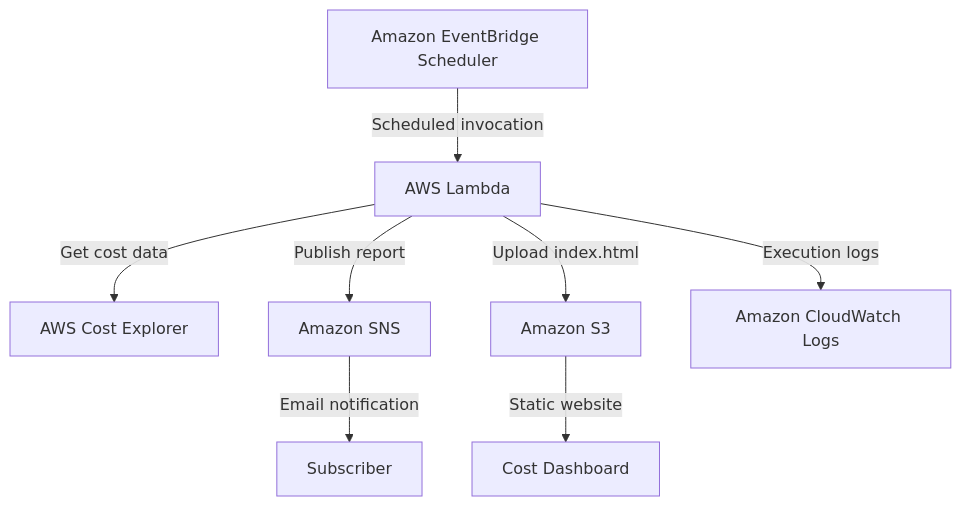
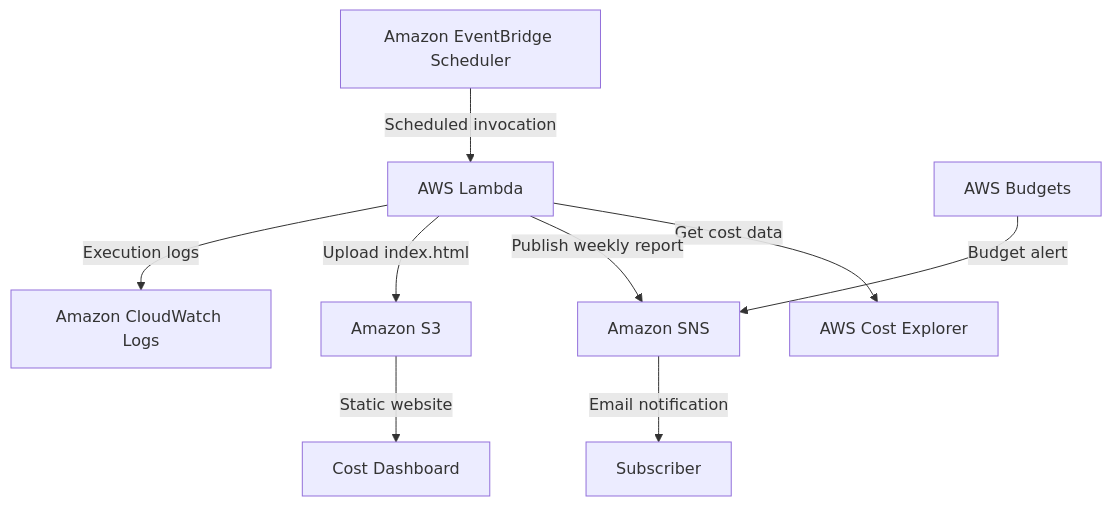
The diagram in architecture/README.md (shinthant0297-sys/aws-cloud-cost-monitoring-system), drawn with Mermaid before and after one commit.

Commit message:
docs: fix architecture diagrams and add AWS Budgets flow
Updated the architecture diagram to reflect changes in report publishing and notification flow.

````diff
--- a/architecture/README.md
+++ b/architecture/README.md
@@ -7,10 +7,11 @@
 ```mermaid
 flowchart TD
     EB["Amazon EventBridge Scheduler"] -->|Scheduled invocation| LF["AWS Lambda"]
     LF -->|Get cost data| CE["AWS Cost Explorer"]
-    LF -->|Publish report| SNS["Amazon SNS"]
+    LF -->|Publish weekly report| SNS["Amazon SNS"]
+    LF -->|Upload index.html| S3["Amazon S3"]
+    LF -->|Execution logs| CW["Amazon CloudWatch Logs"]
+    B["AWS Budgets"] -->|Budget alert| SNS
     SNS -->|Email notification| USER["Subscriber"]
-    LF -->|Upload index.html| S3["Amazon S3"]
     S3 -->|Static website| DASH["Cost Dashboard"]
-    LF -->|Execution logs| CW["Amazon CloudWatch Logs"]
 ```
````
